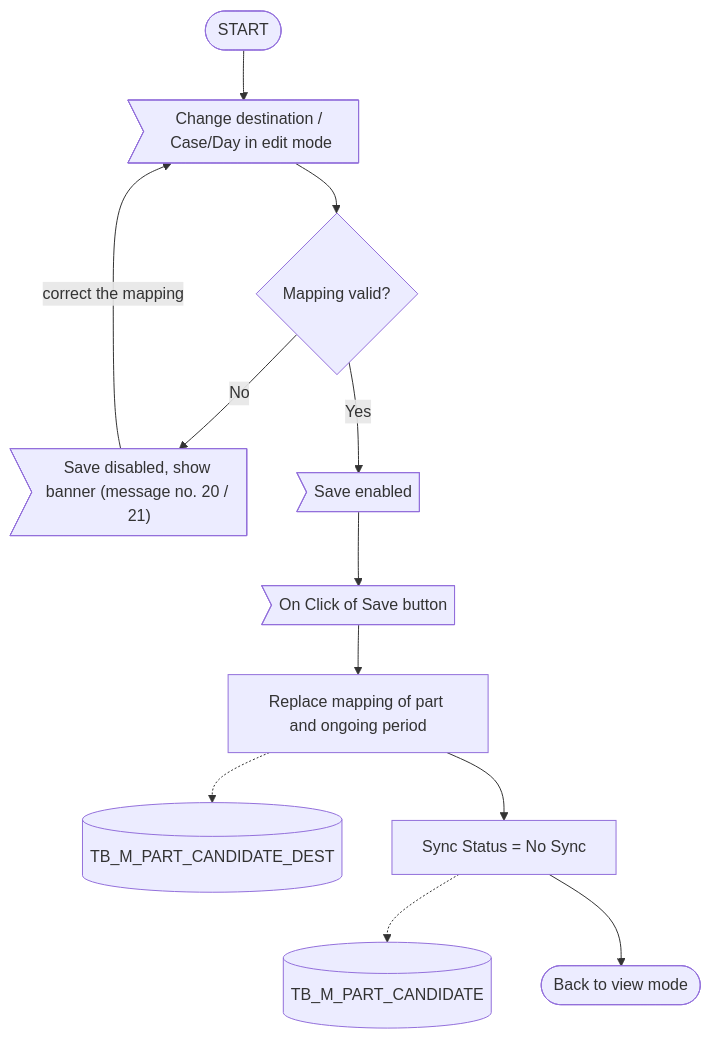
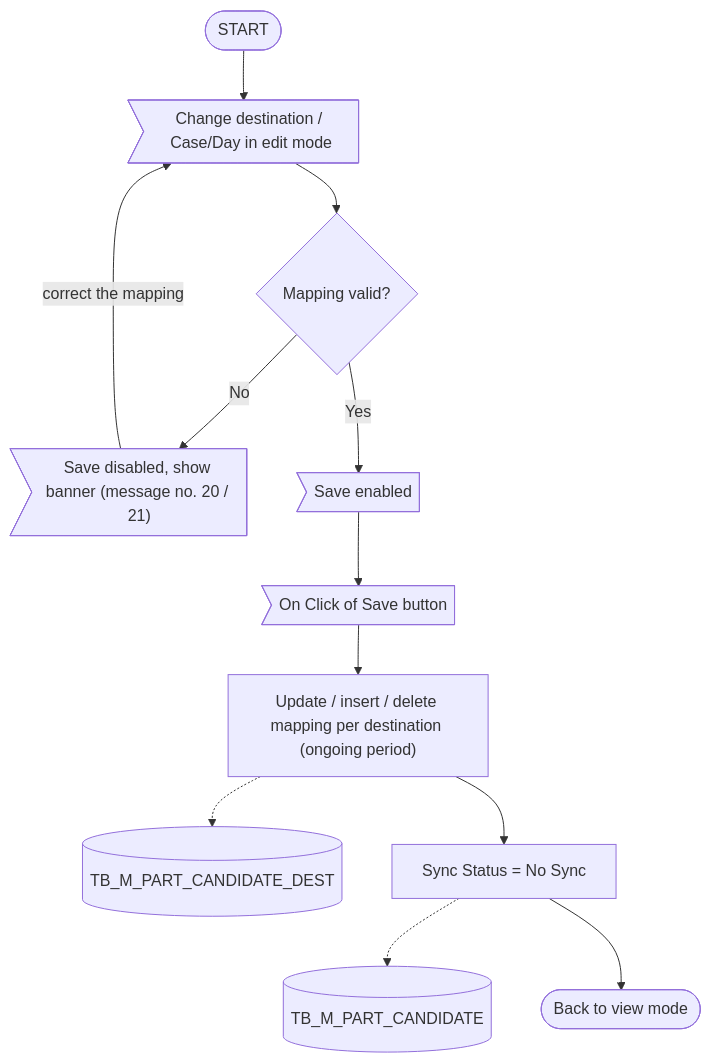
One commit to ivanrayhannn/crossdockpoc changed the fifth of 5 diagrams in prepare_code/uiss/XD01_Screen_CrossDockPartMaster.md. Above: the diagram before and after it, drawn with Mermaid. The commit also changed other lines of this file and 20 other files, not shown here.

First line of the commit message:
FB-098 / FB-070 / FB-068: Active part without destination, no housekeeping, Save flow Add/Edit

````diff
--- a/prepare_code/uiss/XD01_Screen_CrossDockPartMaster.md
+++ b/prepare_code/uiss/XD01_Screen_CrossDockPartMaster.md
@@ -217,25 +230,25 @@
 ```mermaid
 flowchart TB
   s(["START"])
   e1>"Change destination / Case/Day in edit mode"]
   d1{"Mapping valid?"}
   m1>"Save disabled, show banner (message no. 20 / 21)"]
   m2>"Save enabled"]
   e2>"On Click of Save button"]
-  p1["Replace mapping of part and ongoing period"]
+  p1["Update / insert / delete mapping per destination (ongoing period)"]
   db[("TB_M_PART_CANDIDATE_DEST")]
   p2["Sync Status = No Sync"]
   db2[("TB_M_PART_CANDIDATE")]
   x(["Back to view mode"])
   s --> e1
   e1 --> d1
   d1 -->|No| m1
   m1 -->|correct the mapping| e1
   d1 -->|Yes| m2
   m2 --> e2
   e2 --> p1
   p1 -.-> db
   p1 --> p2
   p2 -.-> db2
   p2 --> x
 ```
````
